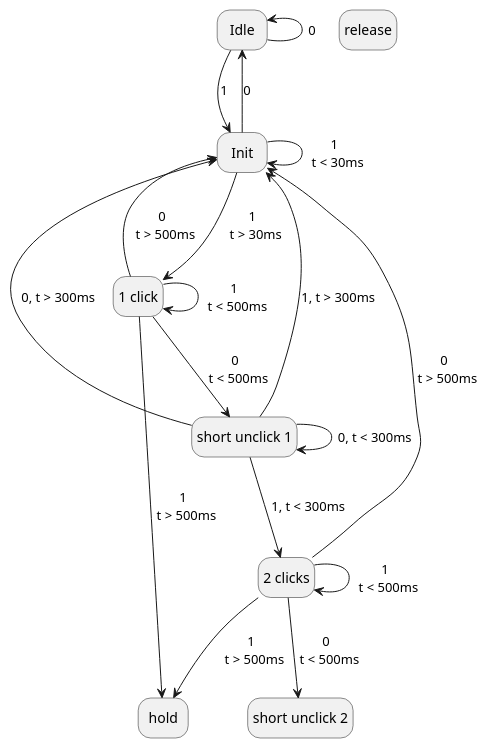
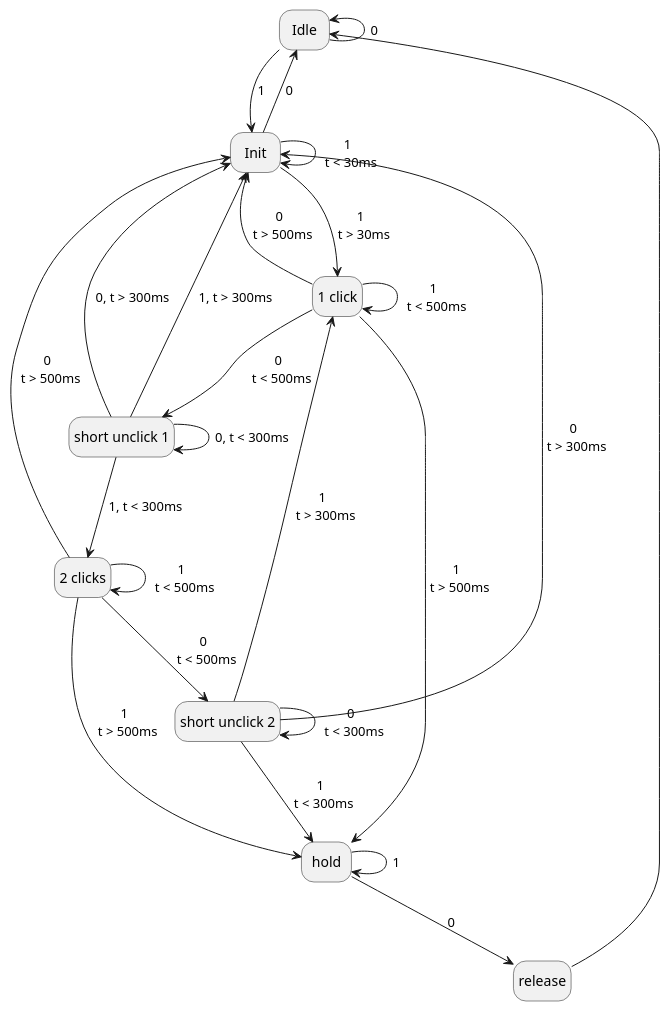
Before and after one commit to PDucMinh/Smart-Lock-ITRVN: the diagram in exercise_fsm/button_fsm.wsd, drawn with PlantUML. The commit also changed 1 other file, not shown here.

```diff
--- a/exercise_fsm/button_fsm.wsd
+++ b/exercise_fsm/button_fsm.wsd
@@ -1,37 +1,46 @@
 @startuml button_fsm
 
 hide empty description
 
-state "Idle" as Idle 
-state "Init" as Init 
+state "Idle" as Idle
+state "Init" as Init
 state "1 click" as Click1
 state "2 clicks" as Click2
 state "hold" as hold
 state "release" as release
 state "short unclick 1" as su1
 state "short unclick 2" as su2
 
 Idle -up-> Idle : 0
 Idle -> Init : 1
 
 Init --> Idle : 0
 Init --> Init : 1 \n t < 30ms
 Init --> Click1 : 1 \n t > 30ms
 
 Click1 --> su1 : 0 \n t < 500ms
 Click1 --> Init : 0 \n t > 500ms
 Click1 --> hold : 1 \n t > 500ms
 Click1 --> Click1 : 1 \n t < 500ms
 
 su1 --> Click2 : 1, t < 300ms
 su1 --> Init : 1, t > 300ms
 su1 --> su1 : 0, t < 300ms
 su1 --> Init : 0, t > 300ms
 
 Click2 --> su2 : 0 \n t < 500ms
 Click2 --> Init : 0 \n t > 500ms
 Click2 --> hold : 1 \n t > 500ms
 Click2 --> Click2 : 1 \n t < 500ms
 
+hold --> release : 0
+hold --> hold : 1
+
+su2 --> hold : 1 \n t < 300ms
+su2 --> Click1 : 1 \n t > 300ms
+su2 --> su2 : 0 \n t < 300ms
+su2 --> Init : 0 \n t > 300ms
+
+release --> Idle 
 
 @enduml
```
